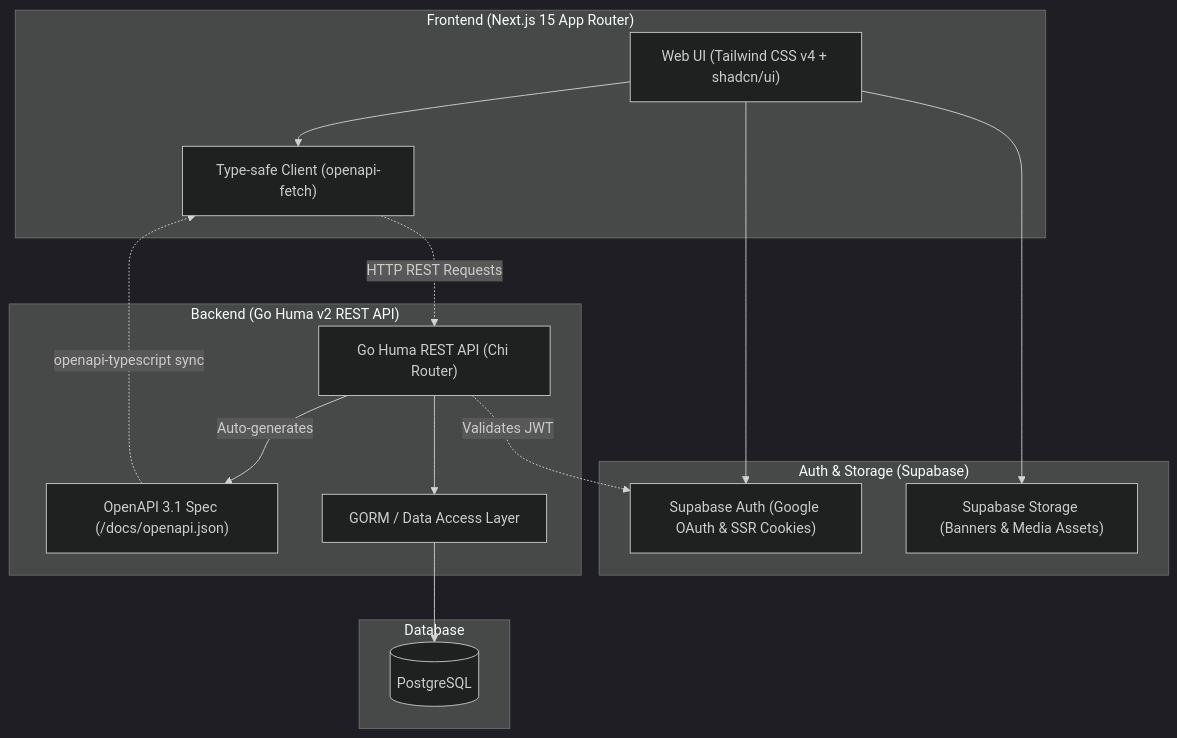
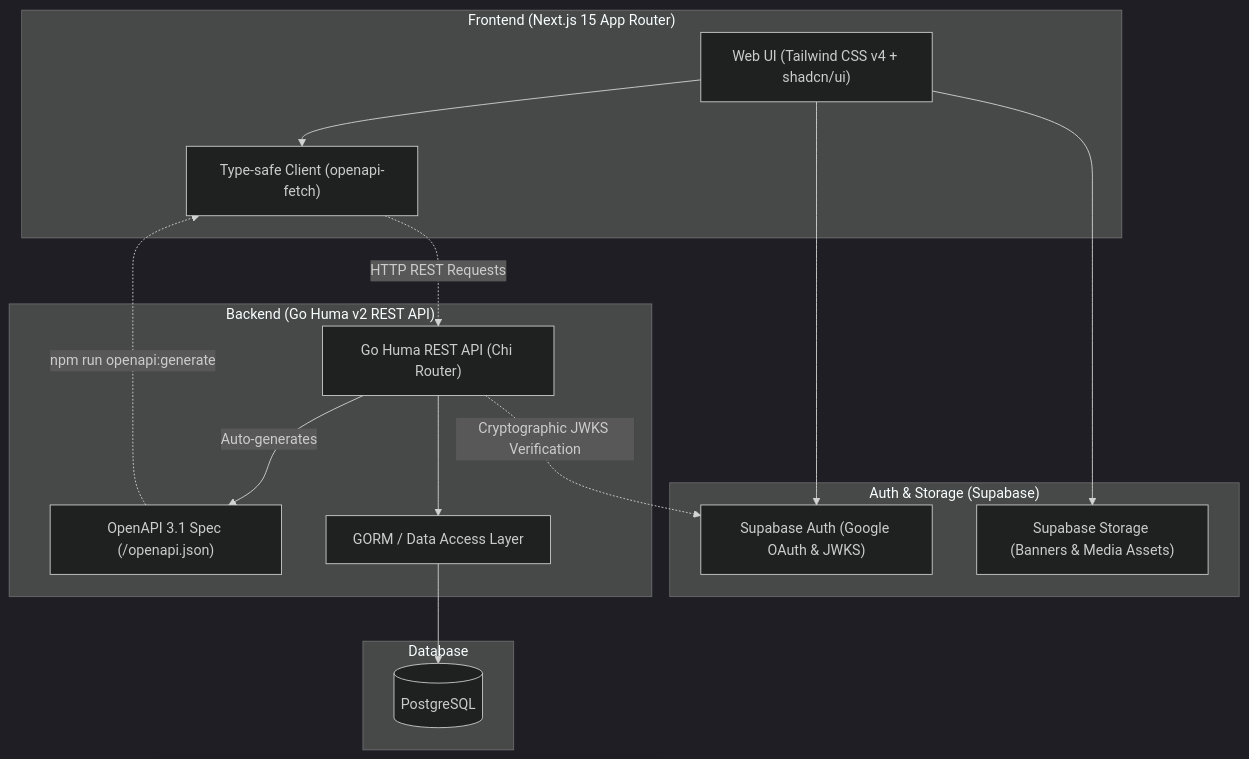
Before and after one commit to moomaideng/eventory: the first of 2 diagrams in README.md, drawn with Mermaid (dark theme). The commit also changed other lines of this file and 18 other files, not shown here.

````diff
--- a/README.md
+++ b/README.md
@@ -11,34 +11,34 @@
 ```mermaid
 flowchart TD
     subgraph Frontend[" Frontend (Next.js 15 App Router) "]
         UI["Web UI (Tailwind CSS v4 + shadcn/ui)"]
         ApiClient["Type-safe Client (openapi-fetch)"]
     end
 
     subgraph AuthStorage[" Auth & Storage (Supabase) "]
-        SupaAuth["Supabase Auth (Google OAuth & SSR Cookies)"]
+        SupaAuth["Supabase Auth (Google OAuth & JWKS)"]
         SupaStorage["Supabase Storage (Banners & Media Assets)"]
     end
 
     subgraph Backend[" Backend (Go Huma v2 REST API) "]
         GoApi["Go Huma REST API (Chi Router)"]
-        OpenAPISpec["OpenAPI 3.1 Spec (/docs/openapi.json)"]
+        OpenAPISpec["OpenAPI 3.1 Spec (/openapi.json)"]
         GormLayer["GORM / Data Access Layer"]
     end
 
     subgraph Database[" Database "]
         Postgres[("PostgreSQL")]
     end
 
     UI --> SupaAuth
     UI --> SupaStorage
     UI --> ApiClient
 
     ApiClient -.->|HTTP REST Requests| GoApi
     GoApi -->|Auto-generates| OpenAPISpec
-    OpenAPISpec -.->|openapi-typescript sync| ApiClient
+    OpenAPISpec -.->|npm run openapi:generate| ApiClient
 
     GoApi --> GormLayer
     GormLayer --> Postgres
-    GoApi -.->|Validates JWT| SupaAuth
+    GoApi -.->|Cryptographic JWKS Verification| SupaAuth
 ```
````
